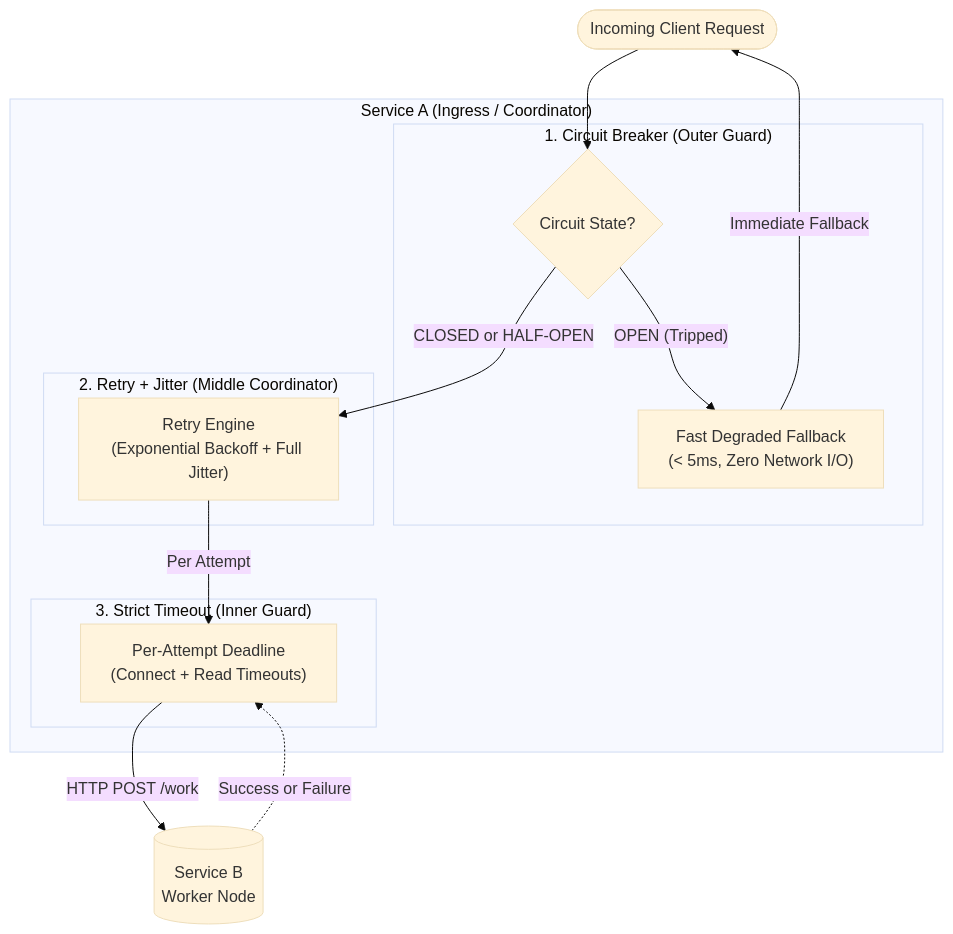
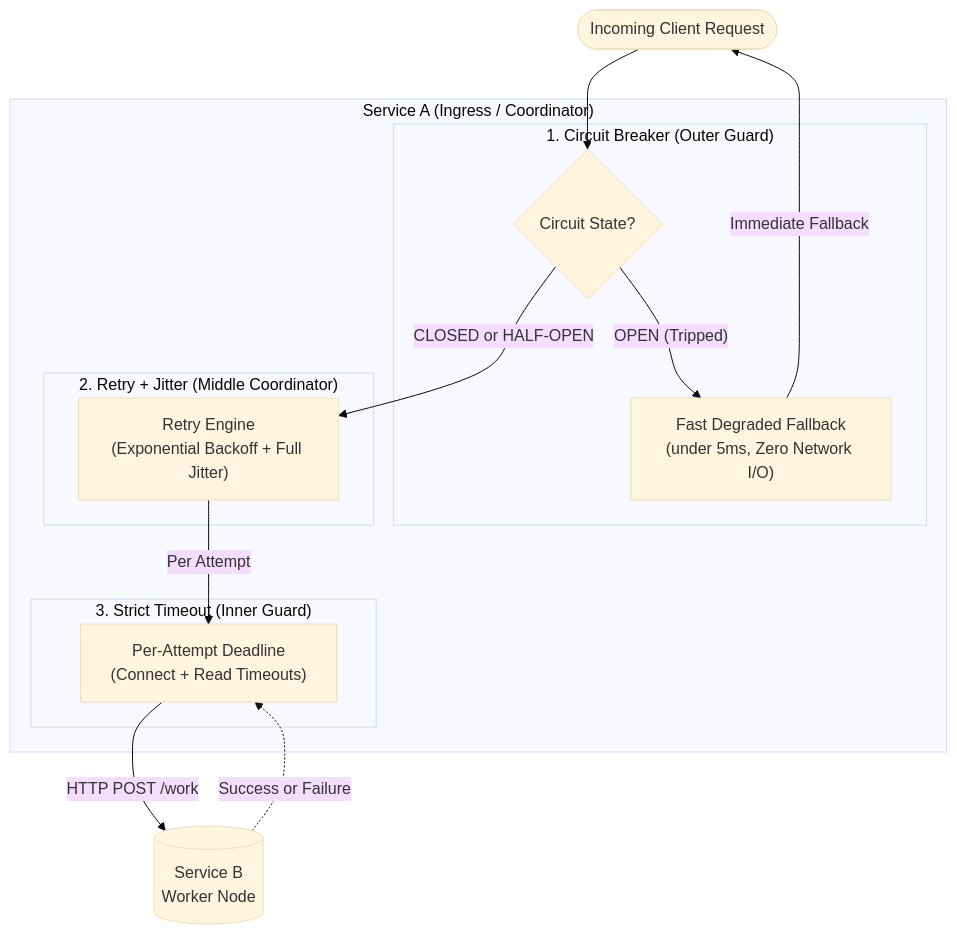
The diagram in docs/README.md (yodh4/ubiquitous-parakeet), drawn with Mermaid (base theme) before and after one commit. The commit also changed other lines of this file and 5 other files, not shown here.

Commit message:
Docs: Remove redundant ASCII diagrams and fix Mermaid parser errors across all guides

````diff
--- a/docs/README.md
+++ b/docs/README.md
@@ -27,27 +27,27 @@
 ```mermaid
 flowchart TD
     Client(["Incoming Client Request"]) --> CB
 
     subgraph ServiceA ["Service A (Ingress / Coordinator)"]
         subgraph Layer1 ["1. Circuit Breaker (Outer Guard)"]
             CB{"Circuit State?"}
-            FastFail["Fast Degraded Fallback\n(&lt; 5ms, Zero Network I/O)"]
+            FastFail["Fast Degraded Fallback\n(under 5ms, Zero Network I/O)"]
             CB -->|"OPEN (Tripped)"| FastFail
         end
 
         subgraph Layer2 ["2. Retry + Jitter (Middle Coordinator)"]
             RetryCoord["Retry Engine\n(Exponential Backoff + Full Jitter)"]
         end
 
         subgraph Layer3 ["3. Strict Timeout (Inner Guard)"]
             TimeoutExec["Per-Attempt Deadline\n(Connect + Read Timeouts)"]
         end
 
         CB -->|"CLOSED or HALF-OPEN"| RetryCoord
         RetryCoord -->|"Per Attempt"| TimeoutExec
     end
 
     TimeoutExec -->|"HTTP POST /work"| ServiceB[("Service B\nWorker Node")]
     FastFail -->|"Immediate Fallback"| Client
     ServiceB -.->|"Success or Failure"| TimeoutExec
 ```
````
